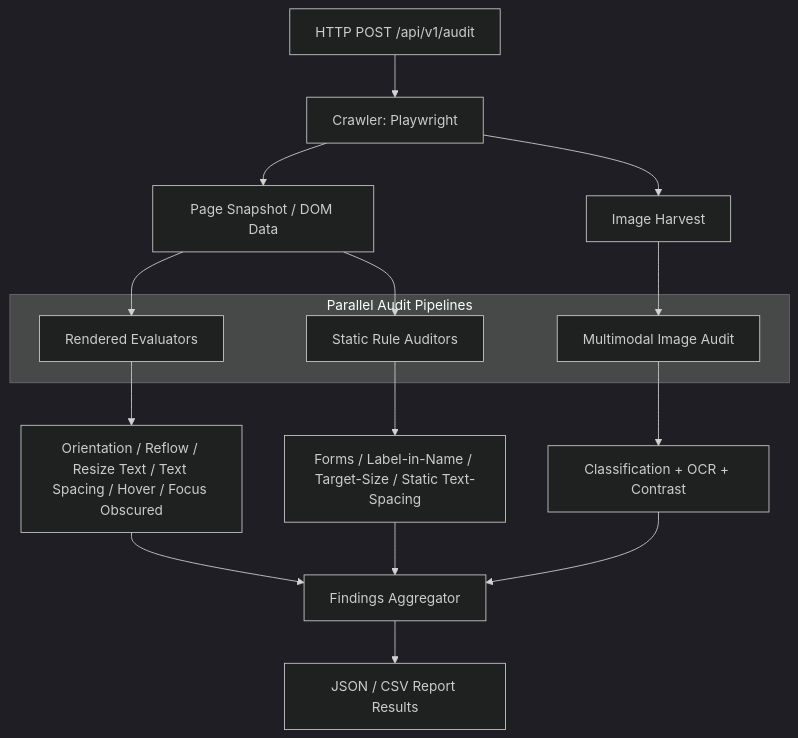
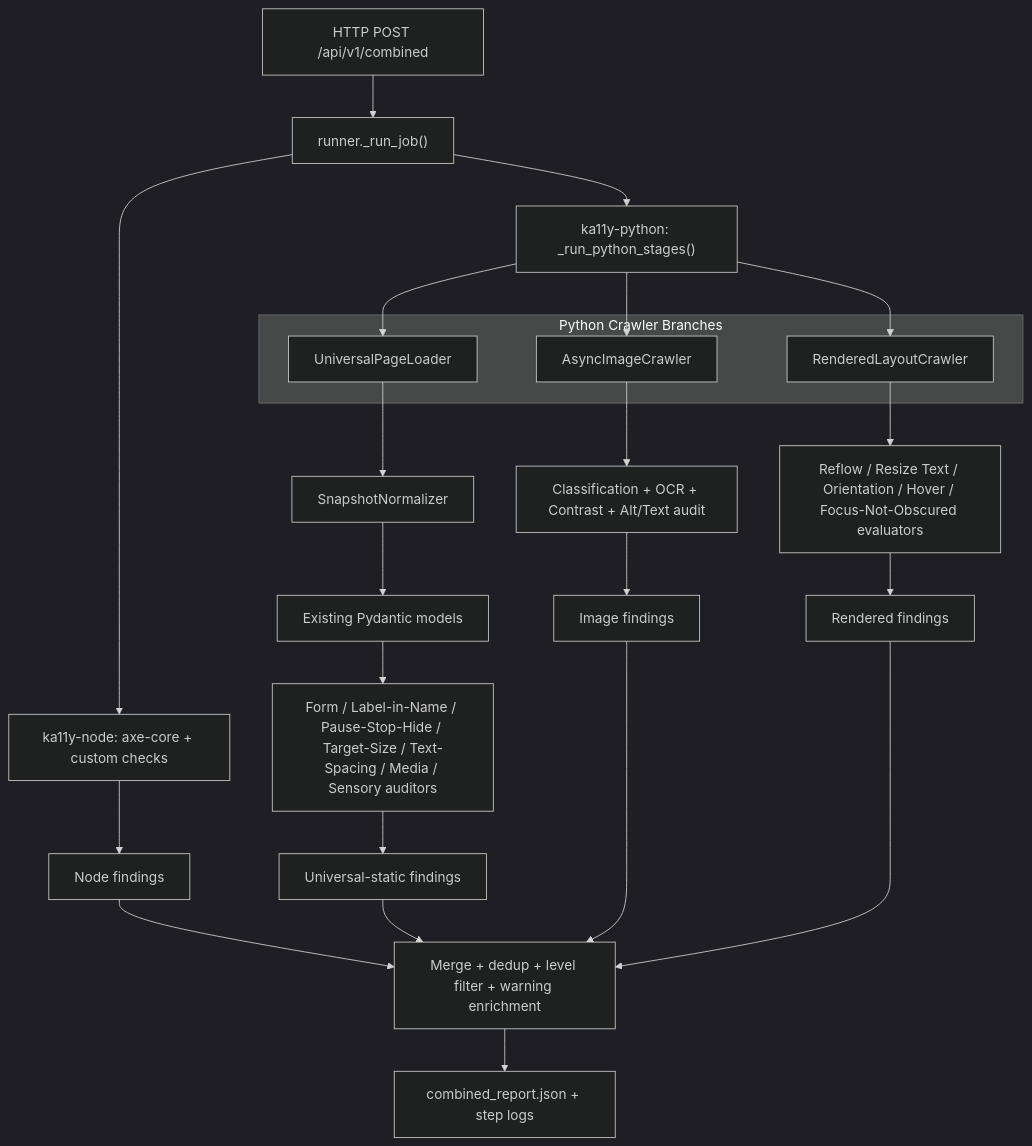
Before and after one commit to Sanjaypranavbc/ka11y: the first of 20 diagrams in ka11y-docs/internals/python-rules-flow-analysis.mdx, drawn with Mermaid (dark theme). The commit also changed other lines of this file and 4 other files, not shown here.

````diff
--- a/ka11y-docs/internals/python-rules-flow-analysis.mdx
+++ b/ka11y-docs/internals/python-rules-flow-analysis.mdx
@@ -14,23 +25,31 @@
 ```mermaid
 flowchart TD
-    A[HTTP POST /api/v1/audit] --> B["Crawler: Playwright"]
-    B --> C["Page Snapshot / DOM Data"]
-    B --> D["Image Harvest"]
-    
-    subgraph "Parallel Audit Pipelines"
-        E["Rendered Evaluators"]
-        F["Static Rule Auditors"]
-        G["Multimodal Image Audit"]
+    A[HTTP POST /api/v1/combined] --> B["runner._run_job()"]
+    B --> C["ka11y-node: axe-core + custom checks"]
+    B --> D["ka11y-python: _run_python_stages()"]
+
+    subgraph "Python Crawler Branches"
+        E["UniversalPageLoader"]
+        F["AsyncImageCrawler"]
+        G["RenderedLayoutCrawler"]
     end
-    
-    C --> E
-    C --> F
+
+    D --> E
+    D --> F
     D --> G
-    
-    E --> H["Orientation / Reflow / Resize Text / Text Spacing / Hover / Focus Obscured"]
-    F --> I["Forms / Label-in-Name / Target-Size / Static Text-Spacing"]
-    G --> J["Classification + OCR + Contrast"]
-    
-    H & I & J --> K["Findings Aggregator"]
-    K --> L["JSON / CSV Report Results"]
+
+    E --> H["SnapshotNormalizer"]
+    H --> I["Existing Pydantic models"]
+    I --> J["Form / Label-in-Name / Pause-Stop-Hide / Target-Size / Text-Spacing / Media / Sensory auditors"]
+
+    F --> K["Classification + OCR + Contrast + Alt/Text audit"]
+    G --> L["Reflow / Resize Text / Orientation / Hover / Focus-Not-Obscured evaluators"]
+
+    C --> M["Node findings"]
+    J --> N["Universal-static findings"]
+    K --> O["Image findings"]
+    L --> P["Rendered findings"]
+
+    M & N & O & P --> Q["Merge + dedup + level filter + warning enrichment"]
+    Q --> R["combined_report.json + step logs"]
 ```
````
